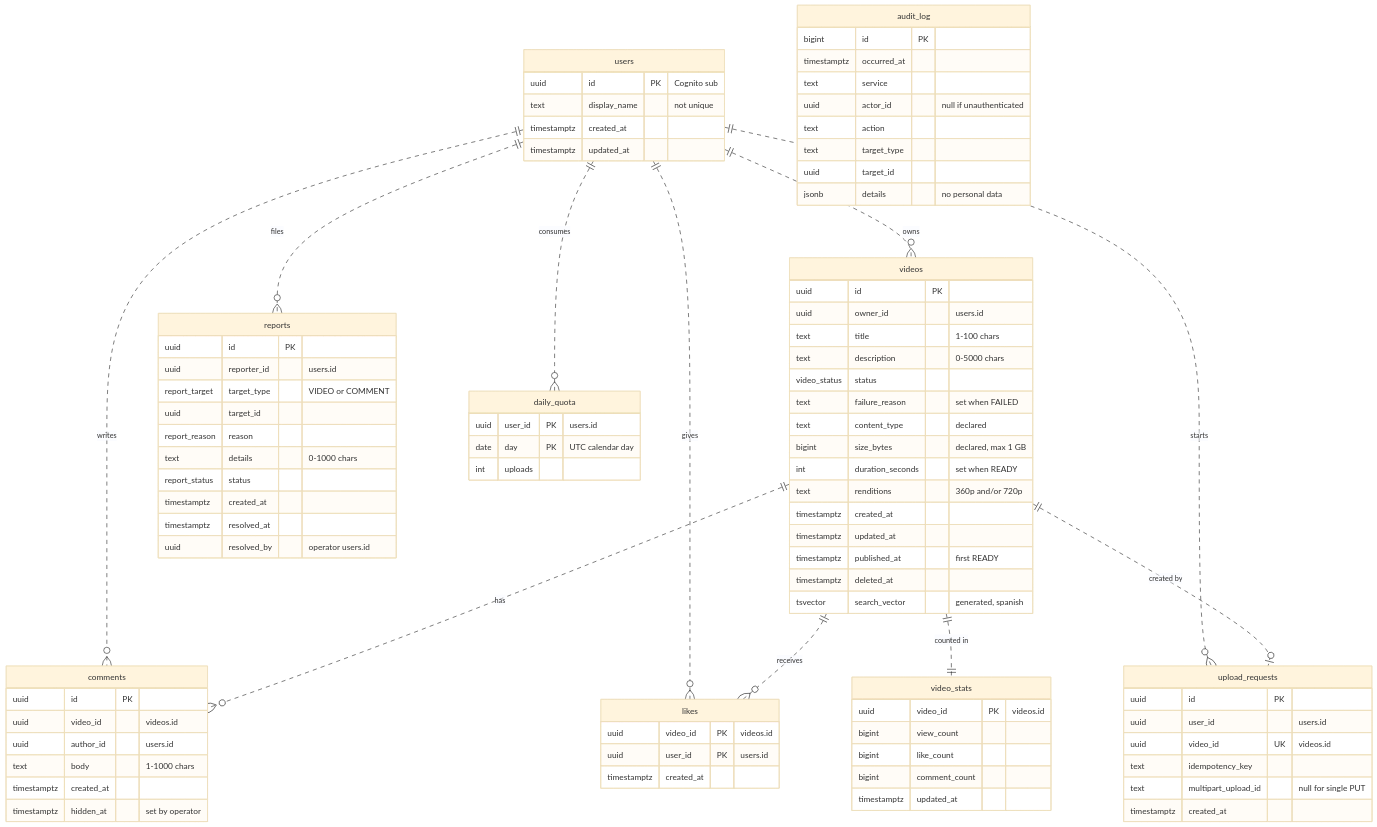
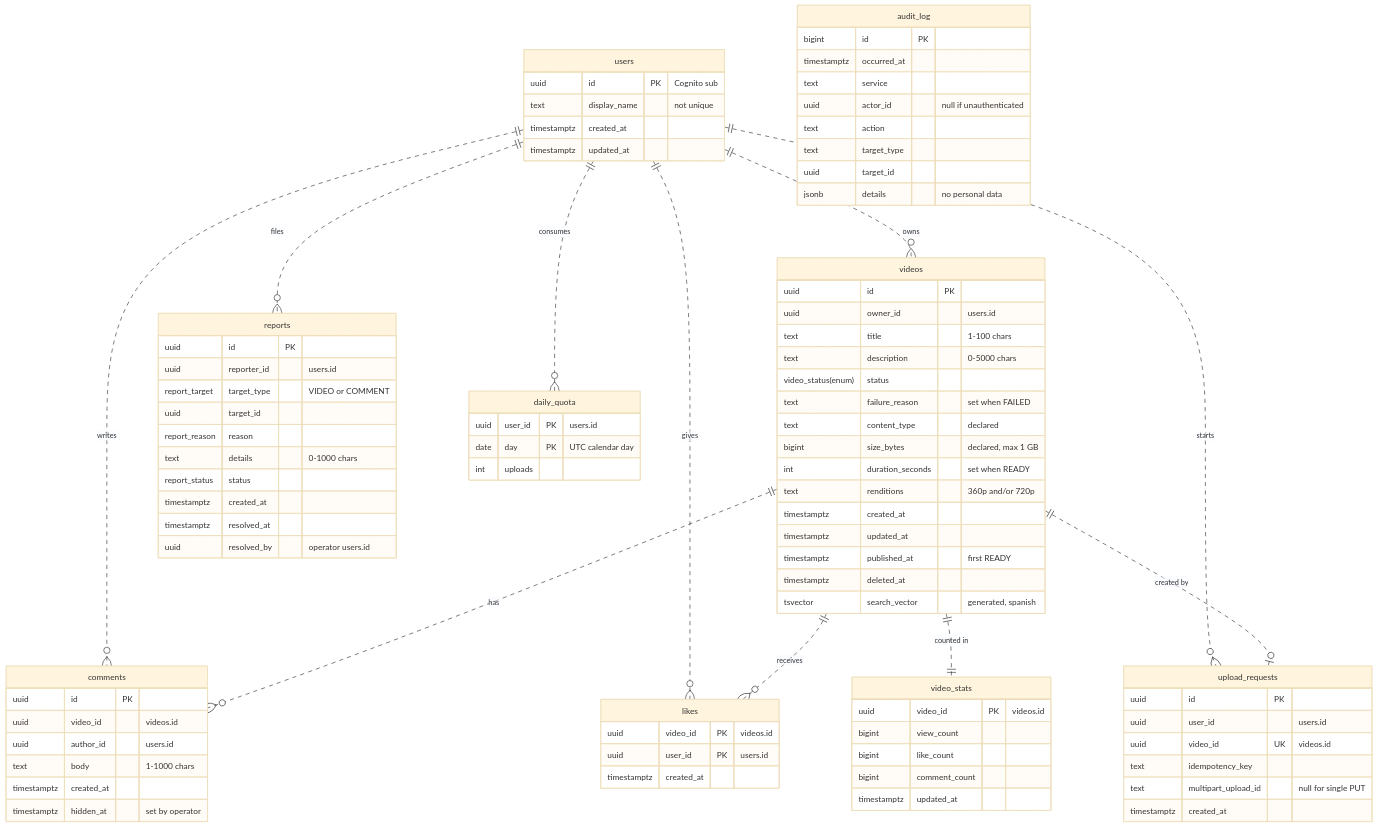
The first of 3 diagrams in docs/design-description/data-design.md (MyCilinder/MyCilinder-Backend), drawn with Mermaid (base theme) before and after one commit. The commit also changed 2 other files, not shown here.

Commit message:
docs: Define endpoints in openapi.yaml

```diff
--- a/docs/design-description/data-design.md
+++ b/docs/design-description/data-design.md
@@ -58,7 +58,7 @@
     uuid owner_id "users.id"
     text title "1-100 chars"
     text description "0-5000 chars"
-    video_status status
+    video_status(enum) status
     text failure_reason "set when FAILED"
     text content_type "declared"
     bigint size_bytes "declared, max 1 GB"
```
